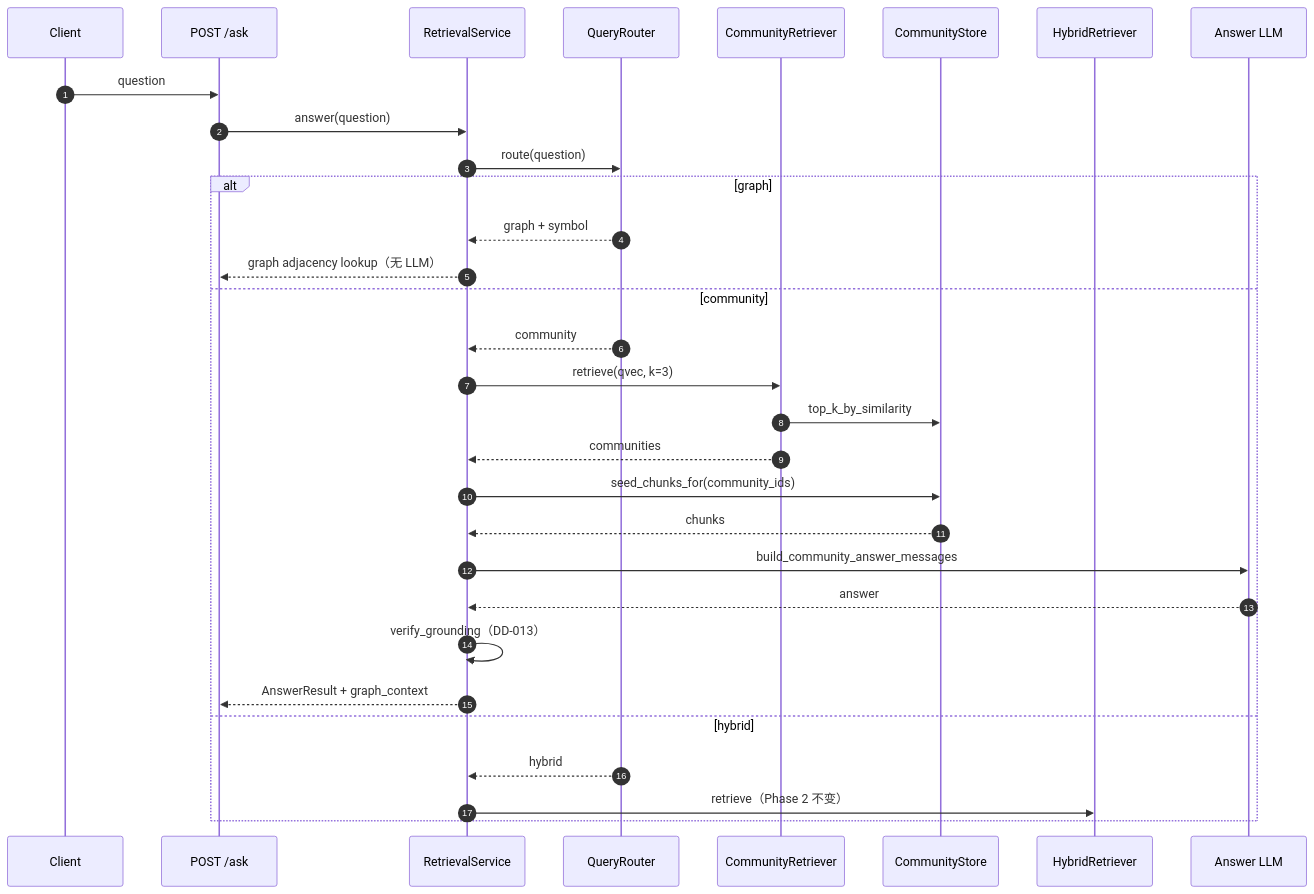
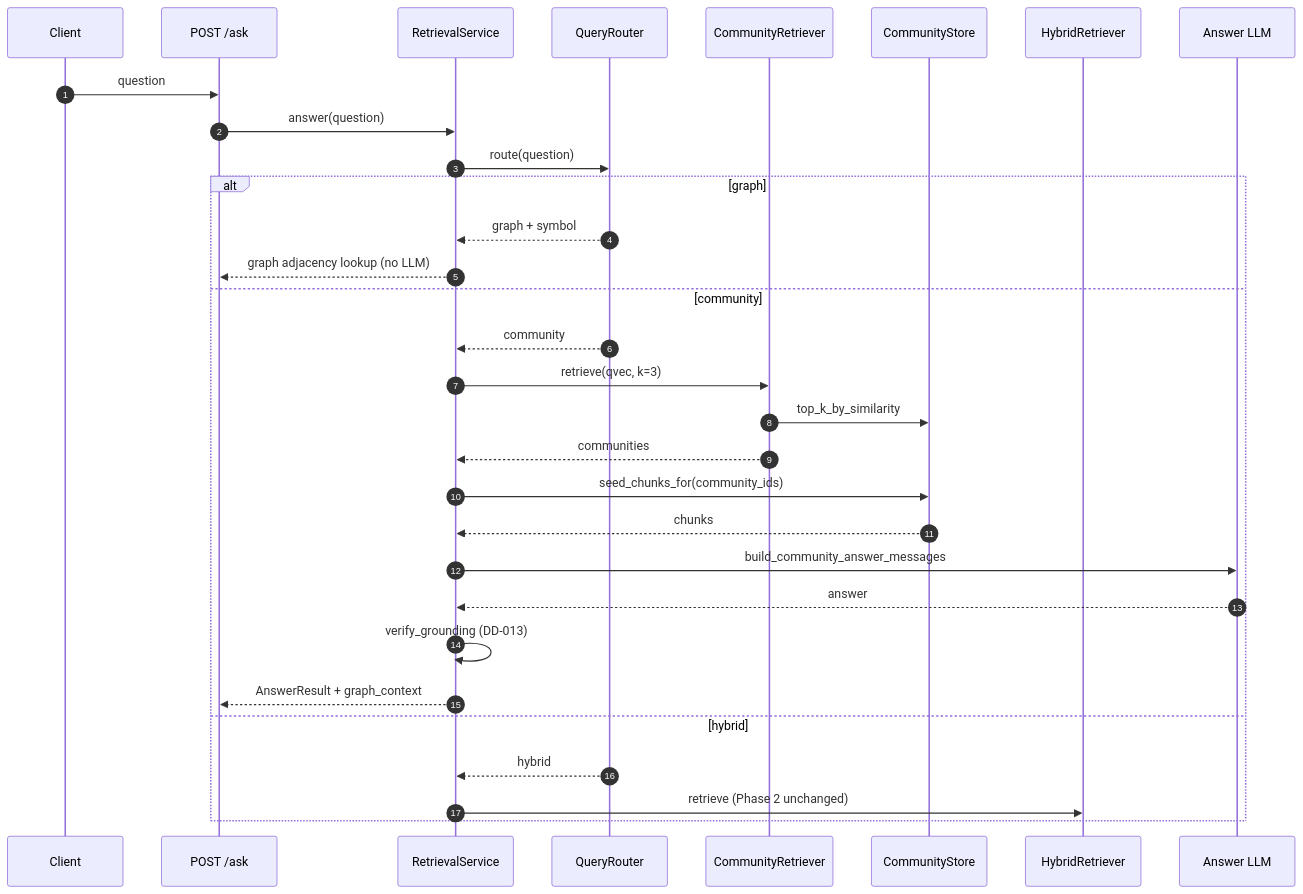
One commit to AndyUneducated/repo-sage changed the second of 2 diagrams in docs/plans/phase-3-graphrag.md. Above: the diagram before and after it, drawn with Mermaid. The commit also changed other lines of this file and 14 other files, not shown here.

````diff
--- a/docs/plans/phase-3-graphrag.md
+++ b/docs/plans/phase-3-graphrag.md
@@ -174,34 +174,34 @@
 ```mermaid
 sequenceDiagram
   autonumber
   participant U as Client
   participant API as POST /ask
   participant RS as RetrievalService
   participant QR as QueryRouter
   participant CR as CommunityRetriever
   participant CS as CommunityStore
   participant H as HybridRetriever
   participant LLM as Answer LLM
 
   U->>API: question
   API->>RS: answer(question)
   RS->>QR: route(question)
   alt graph
     QR-->>RS: graph + symbol
-    RS-->>API: graph adjacency lookup（无 LLM）
+    RS-->>API: graph adjacency lookup (no LLM)
   else community
     QR-->>RS: community
     RS->>CR: retrieve(qvec, k=3)
     CR->>CS: top_k_by_similarity
     CR-->>RS: communities
     RS->>CS: seed_chunks_for(community_ids)
     CS-->>RS: chunks
     RS->>LLM: build_community_answer_messages
     LLM-->>RS: answer
-    RS->>RS: verify_grounding（DD-013）
+    RS->>RS: verify_grounding (DD-013)
     RS-->>API: AnswerResult + graph_context
   else hybrid
     QR-->>RS: hybrid
-    RS->>H: retrieve（Phase 2 不变）
+    RS->>H: retrieve (Phase 2 unchanged)
   end
 ```
````
